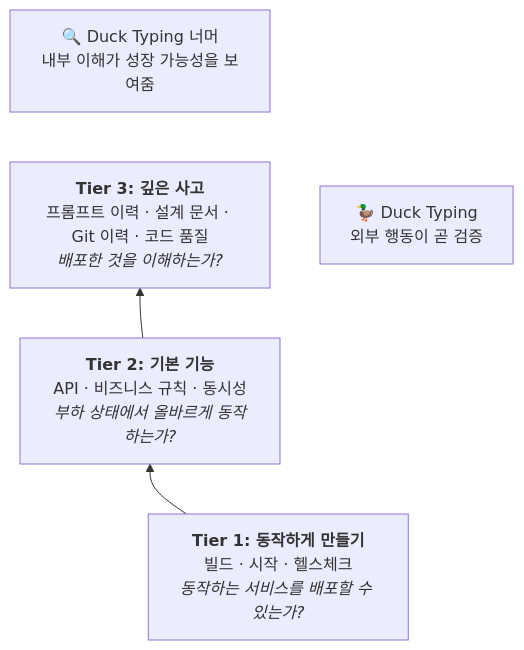
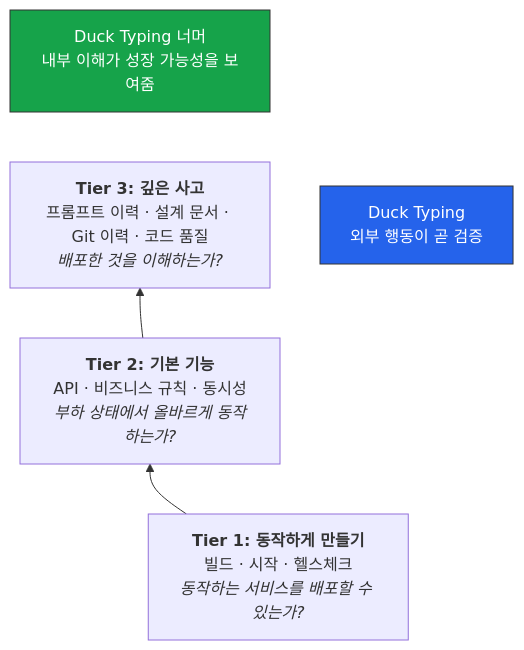
One commit to taokim/taokim.github.io changed the fourth of 4 diagrams in content/posts/2026-02-24-ai-native-hiring-philosophy.ko.md. Above: the diagram before and after it, drawn with Mermaid. The commit also changed other lines of this file and 1 other file, not shown here.

```diff
--- a/content/posts/2026-02-24-ai-native-hiring-philosophy.ko.md
+++ b/content/posts/2026-02-24-ai-native-hiring-philosophy.ko.md
@@ -271,15 +278,18 @@
 {{< mermaid title="3-Tier 평가 모델" >}}
 graph BT
     T1["<b>Tier 1: 동작하게 만들기</b><br/>빌드 · 시작 · 헬스체크<br/><i>동작하는 서비스를 배포할 수 있는가?</i>"]
     T2["<b>Tier 2: 기본 기능</b><br/>API · 비즈니스 규칙 · 동시성<br/><i>부하 상태에서 올바르게 동작하는가?</i>"]
     T3["<b>Tier 3: 깊은 사고</b><br/>프롬프트 이력 · 설계 문서 · Git 이력 · 코드 품질<br/><i>배포한 것을 이해하는가?</i>"]
 
     T1 --> T2 --> T3
 
-    DT["🦆 Duck Typing<br/>외부 행동이 곧 검증"]
-    BDT["🔍 Duck Typing 너머<br/>내부 이해가 성장 가능성을 보여줌"]
+    DT["Duck Typing<br/>외부 행동이 곧 검증"]
+    BDT["Duck Typing 너머<br/>내부 이해가 성장 가능성을 보여줌"]
 
     T1 ~~~ DT
     T2 ~~~ DT
     T3 ~~~ BDT
+
+    style DT fill:#2563eb,stroke:#333,color:#fff
+    style BDT fill:#16a34a,stroke:#333,color:#fff
 {{< /mermaid >}}
```
